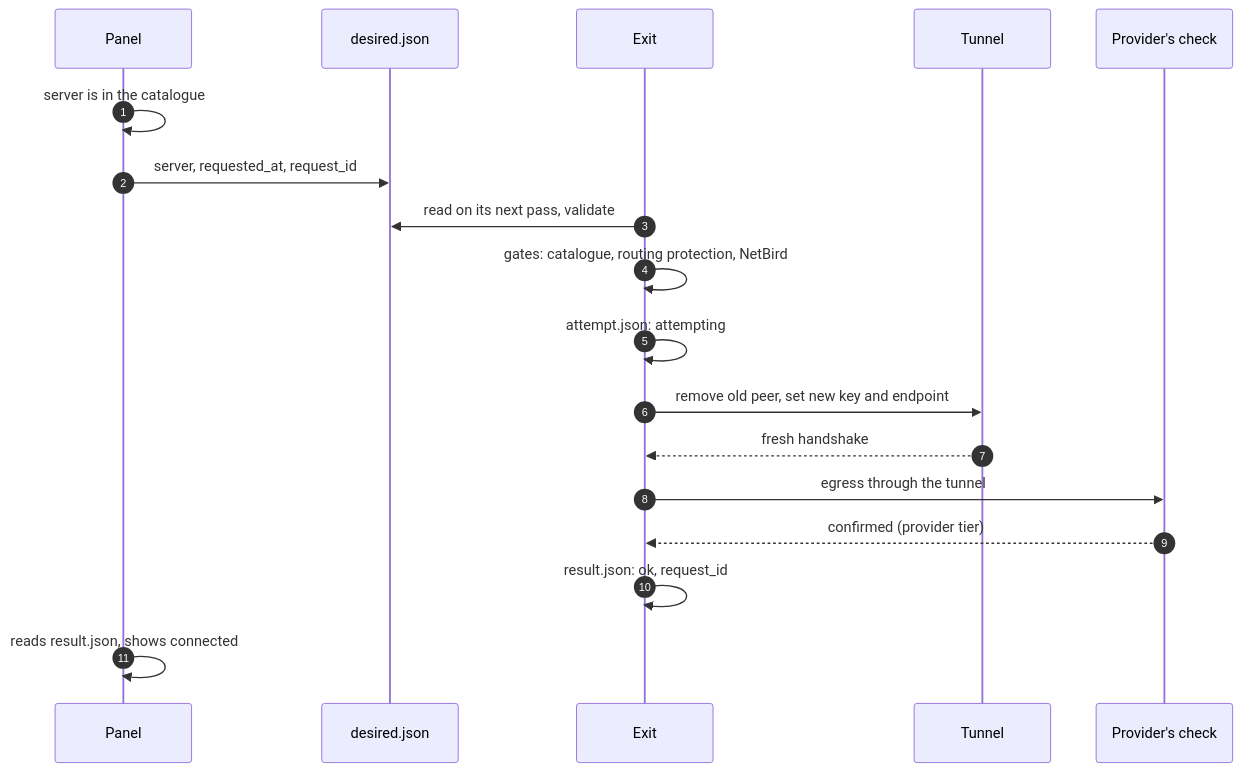
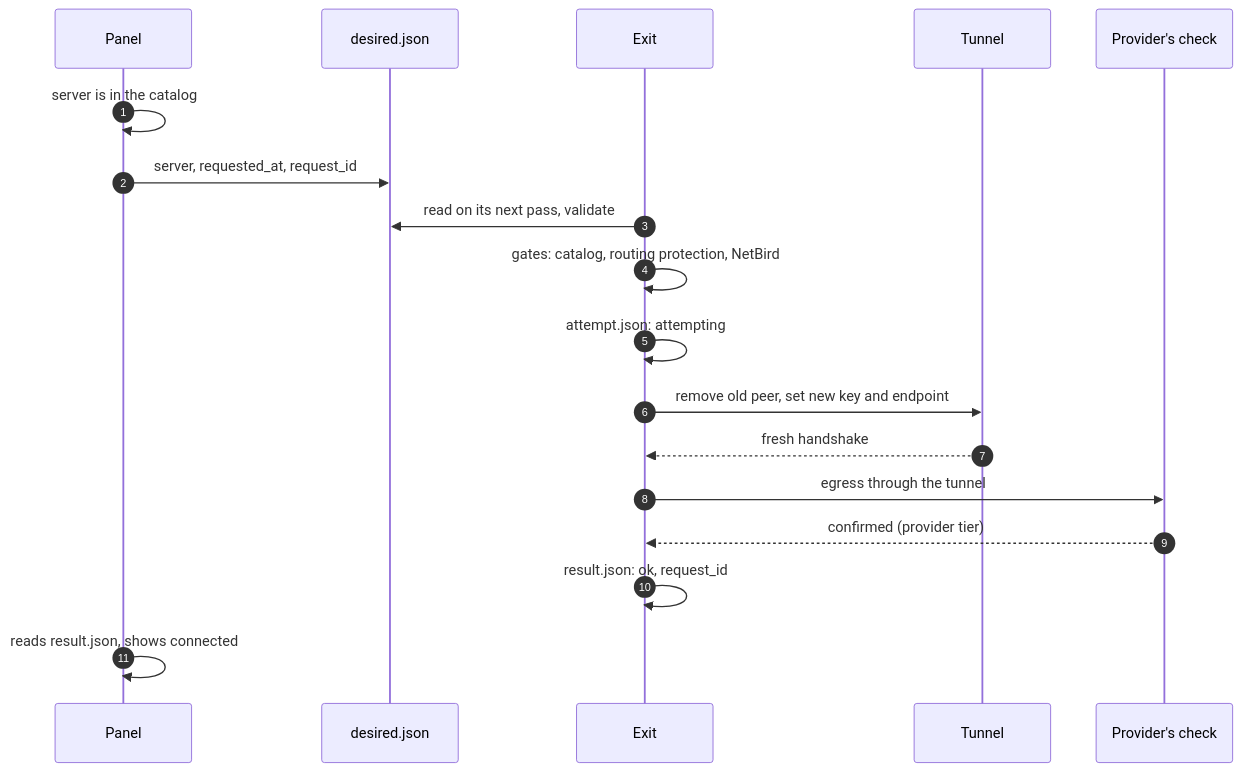
One commit to irashack/molebridge changed the fourth of 4 diagrams in docs/architecture.md. Above: the diagram before and after it, drawn with Mermaid. The commit also changed other lines of this file, not shown here.

First line of the commit message:
docs: verify architecture.md against the 0.8.0 code

````diff
--- a/docs/architecture.md
+++ b/docs/architecture.md
@@ -1243,20 +1334,20 @@
 ```mermaid
 sequenceDiagram
     autonumber
     participant P as Panel
     participant D as desired.json
     participant A as Exit
     participant T as Tunnel
     participant E as Provider's check
-    P->>P: server is in the catalogue
+    P->>P: server is in the catalog
     P->>D: server, requested_at, request_id
     A->>D: read on its next pass, validate
-    A->>A: gates: catalogue, routing protection, NetBird
+    A->>A: gates: catalog, routing protection, NetBird
     A->>A: attempt.json: attempting
     A->>T: remove old peer, set new key and endpoint
     T-->>A: fresh handshake
     A->>E: egress through the tunnel
     E-->>A: confirmed (provider tier)
     A->>A: result.json: ok, request_id
     P->>P: reads result.json, shows connected
 ```
````
